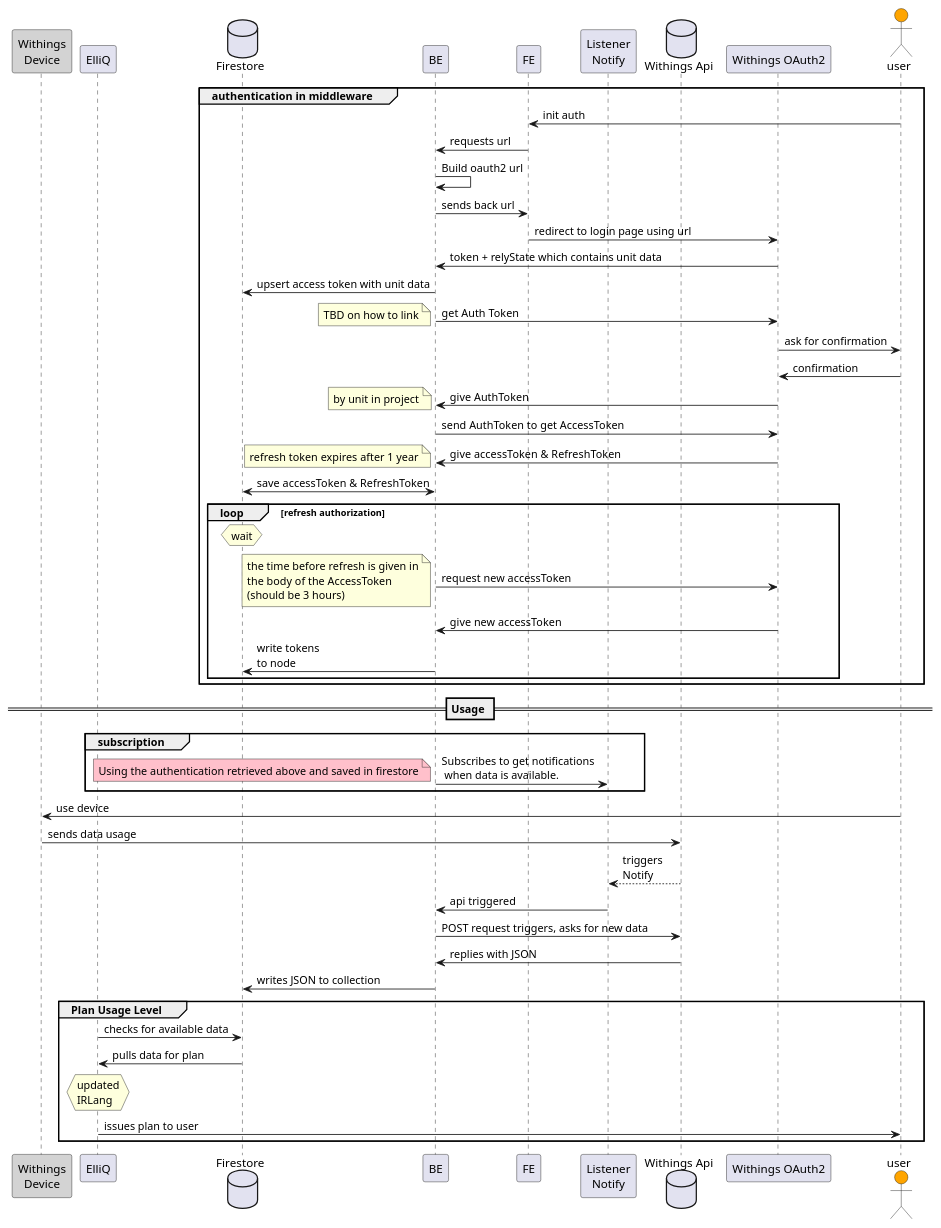
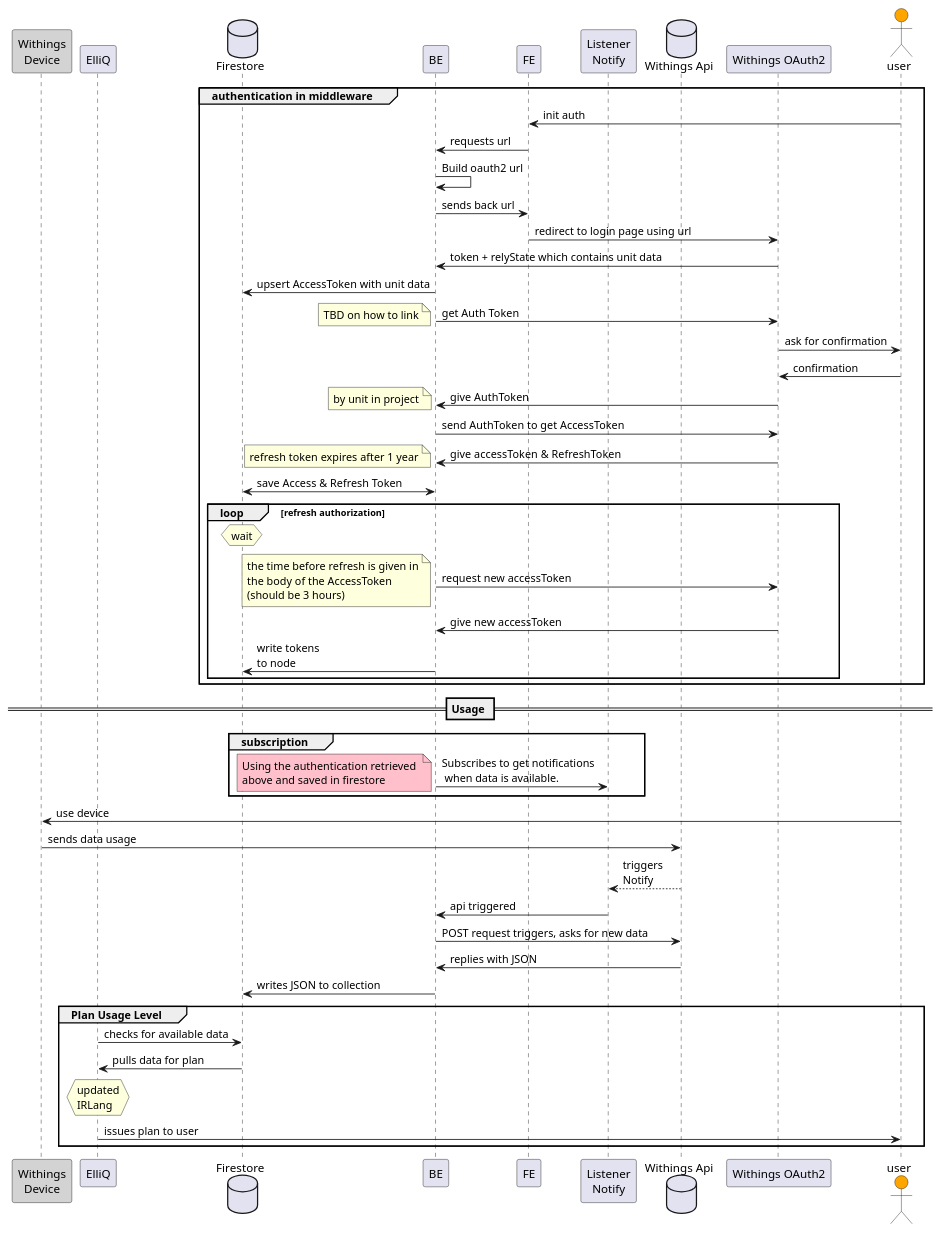
One commit to FaleneMcKenna/thunderstorm changed the diagram in .stuff/docs/api-flow.puml. Above: the diagram before and after it, drawn with PlantUML.

Commit message:
changed api-flow documentation

```diff
--- a/.stuff/docs/api-flow.puml
+++ b/.stuff/docs/api-flow.puml
@@ -1,65 +1,65 @@
 @startuml
 participant "Withings\nDevice" as device #lightGray
 participant "ElliQ" as eq
 database "Firestore" as firestore
 participant "BE" as be
 participant "FE" as fe
 participant "Listener\nNotify" as notify
 database "Withings Api" as withings
 participant "Withings OAuth2" as oauth2
 actor "user" as user #orange
 group authentication in middleware
     user -> fe: init auth
     fe -> be: requests url
     be -> be: Build oauth2 url
     be -> fe: sends back url
     fe -> oauth2: redirect to login page using url
     oauth2 -> be: token + relyState which contains unit data
-    be -> firestore: upsert access token with unit data
+    be -> firestore: upsert AccessToken with unit data
 
 
     '   WithingsAuthModule.getAuth
     be -> oauth2: get Auth Token
     note left: TBD on how to link
     oauth2-> user: ask for confirmation
     user -> oauth2: confirmation
 
     oauth2 -> be: give AuthToken
     note left: by unit in project
     be -> oauth2: send AuthToken to get AccessToken
     oauth2 -> be: give accessToken & RefreshToken
     note left: refresh token expires after 1 year
-    be <-> firestore: save accessToken & RefreshToken
+    be <-> firestore: save Access & Refresh Token
     loop refresh authorization
     hnote over firestore: wait
     be -> oauth2: request new accessToken
     note left: the time before refresh is given in\nthe body of the AccessToken\n(should be 3 hours)
 
     oauth2 -> be: give new accessToken
     be -> firestore: write tokens \nto node
     end
 end
 
 == Usage ==
 
 group subscription
     be -> notify: Subscribes to get notifications\n when data is available.
-    note left #pink: Using the authentication retrieved above and saved in firestore
+    note left #pink: Using the authentication retrieved \nabove and saved in firestore
 end
 
 user -> device: use device
 device -> withings: sends data usage
 notify <-- withings: triggers \nNotify
 notify -> be: api triggered
 be -> withings: POST request triggers, asks for new data
 withings -> be: replies with JSON
 be -> firestore: writes JSON to collection
 
 group Plan Usage Level
     eq->firestore: checks for available data
     eq<-firestore: pulls data for plan
     hnote over eq: updated\nIRLang
     eq->user: issues plan to user
 end
 
 @enduml
```
